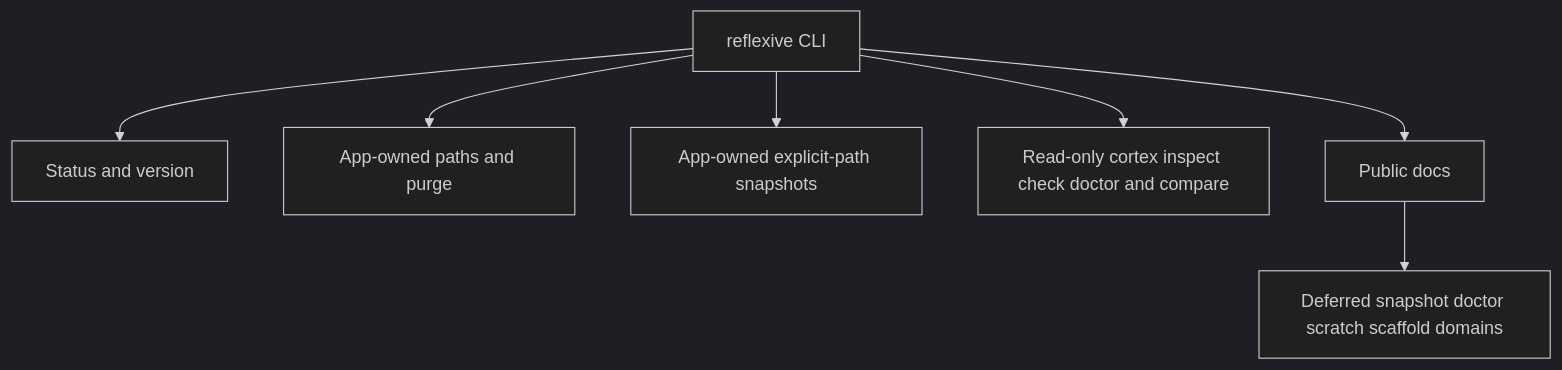
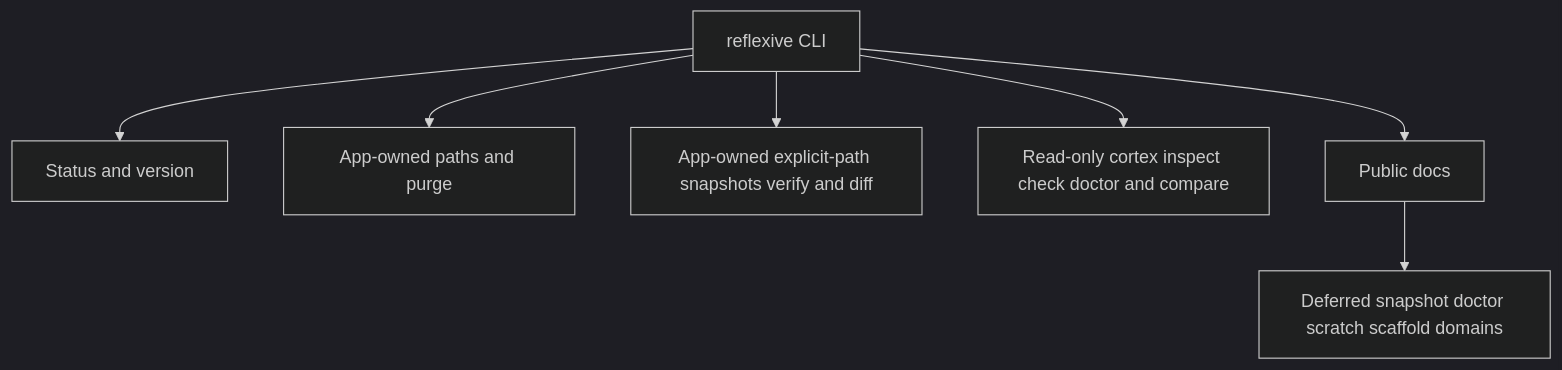
The diagram in docs/architecture.mmd (rohankhanna/reflexive), drawn with Mermaid (dark theme) before and after one commit. The commit also changed 6 other files, not shown here.

Commit message:
feat: add public snapshot verify and diff commands

```diff
--- a/docs/architecture.mmd
+++ b/docs/architecture.mmd
@@ -1,7 +1,7 @@
 flowchart TD
     CLI[reflexive CLI] --> STATUS[Status and version]
     CLI --> PATHS[App-owned paths and purge]
-    CLI --> SNAP[App-owned explicit-path snapshots]
+    CLI --> SNAP[App-owned explicit-path snapshots verify and diff]
     CLI --> INSPECT[Read-only cortex inspect check doctor and compare]
     CLI --> DOCS[Public docs]
     DOCS --> FUTURE[Deferred snapshot doctor scratch scaffold domains]
```
